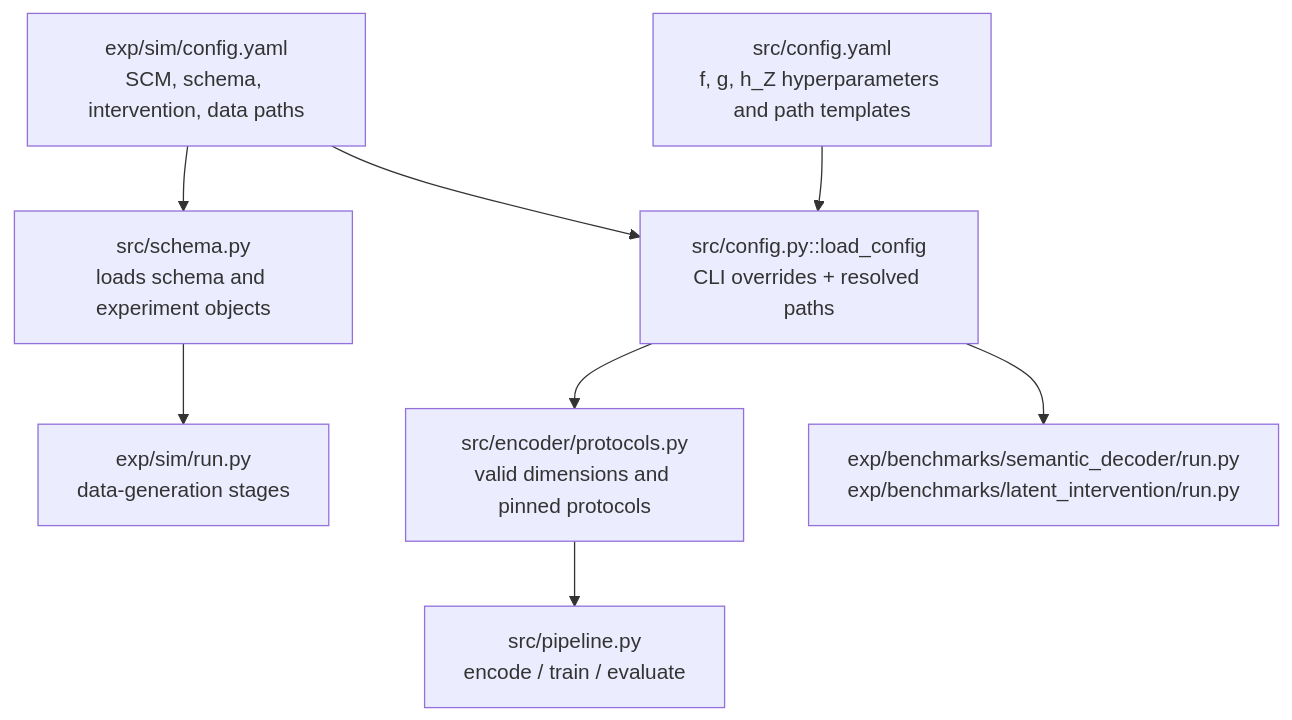
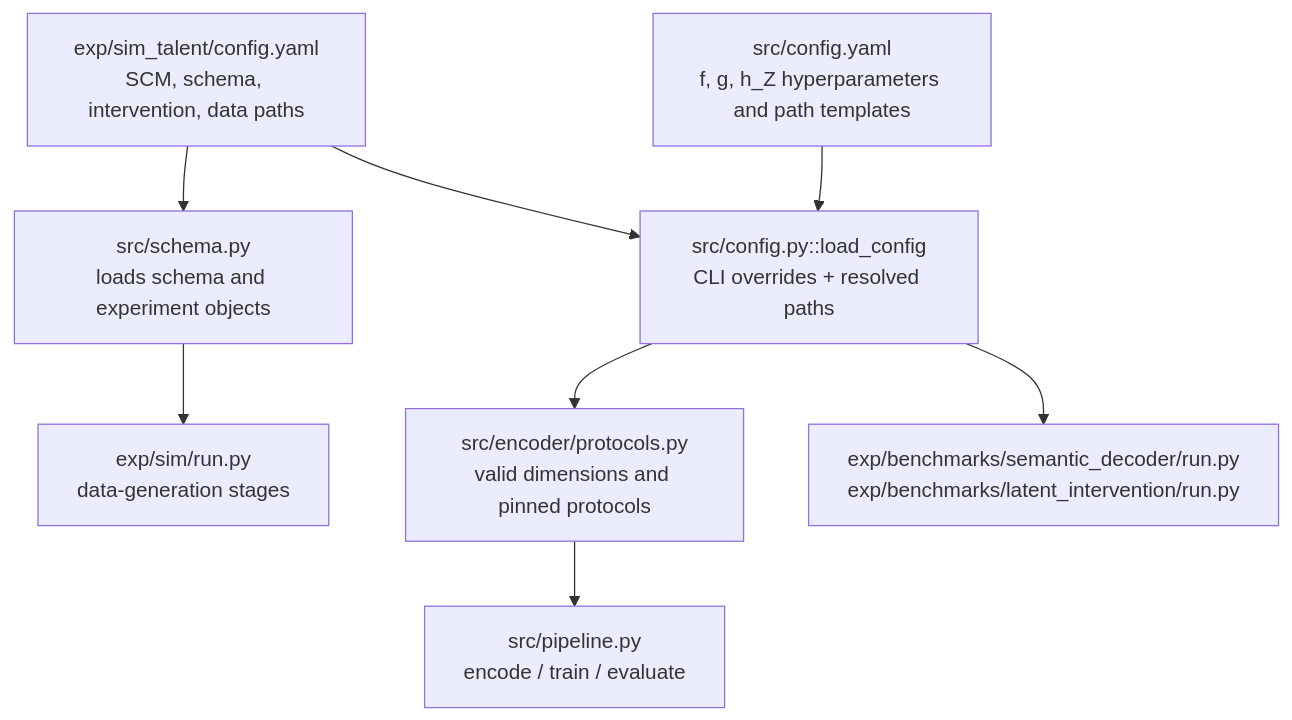
Before and after one commit to kestelnadomu/latent_intervention: the second of 8 diagrams in docs/codebase_guide.md, drawn with Mermaid. The commit also changed other lines of this file and 40 other files, not shown here.

````diff
--- a/docs/codebase_guide.md
+++ b/docs/codebase_guide.md
@@ -24,16 +24,16 @@
 ```mermaid
 flowchart TB
-    SIMCFG[exp/sim/config.yaml<br/>SCM, schema, intervention, data paths]
+    SIMCFG[exp/sim_talent/config.yaml<br/>SCM, schema, intervention, data paths]
     MODELCFG[src/config.yaml<br/>f, g, h_Z hyperparameters and path templates]
     SCHEMA[src/schema.py<br/>loads schema and experiment objects]
     LOAD[src/config.py::load_config<br/>CLI overrides + resolved paths]
     PROTO[src/encoder/protocols.py<br/>valid dimensions and pinned protocols]
     GEN[exp/sim/run.py<br/>data-generation stages]
     PIPE[src/pipeline.py<br/>encode / train / evaluate]
     BENCH[exp/benchmarks/semantic_decoder/run.py<br/>exp/benchmarks/latent_intervention/run.py]
 
     SIMCFG --> SCHEMA --> GEN
     SIMCFG --> LOAD
     MODELCFG --> LOAD --> PROTO --> PIPE
     LOAD --> BENCH
 ```
````
